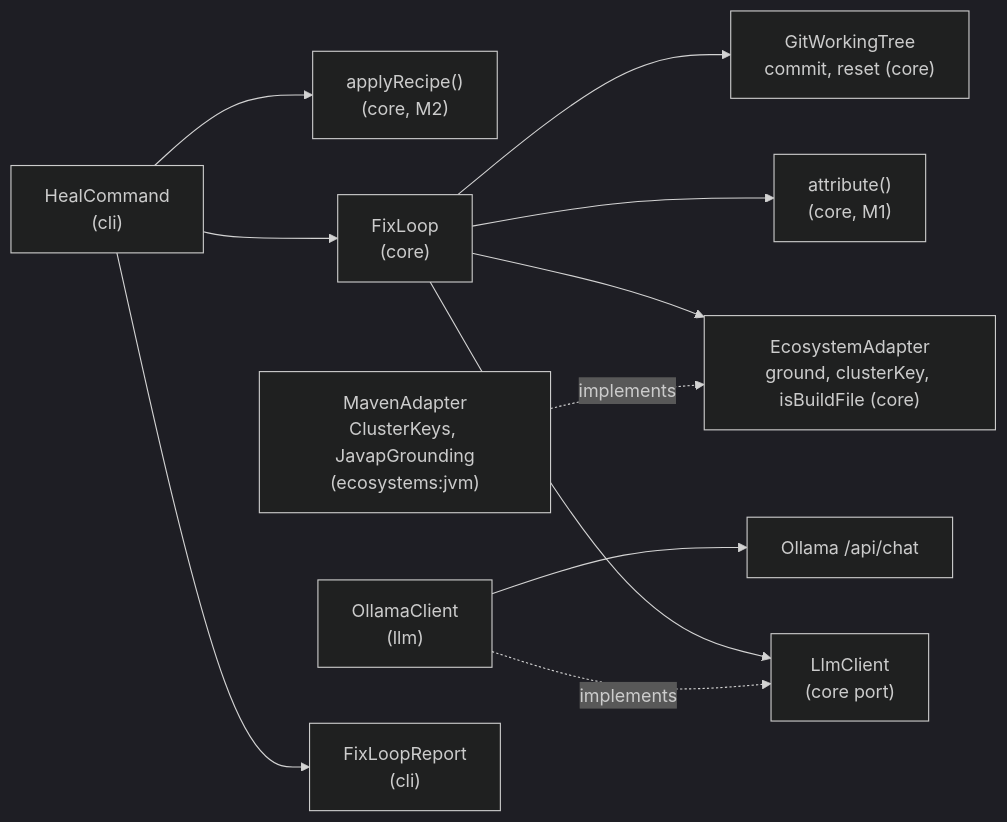
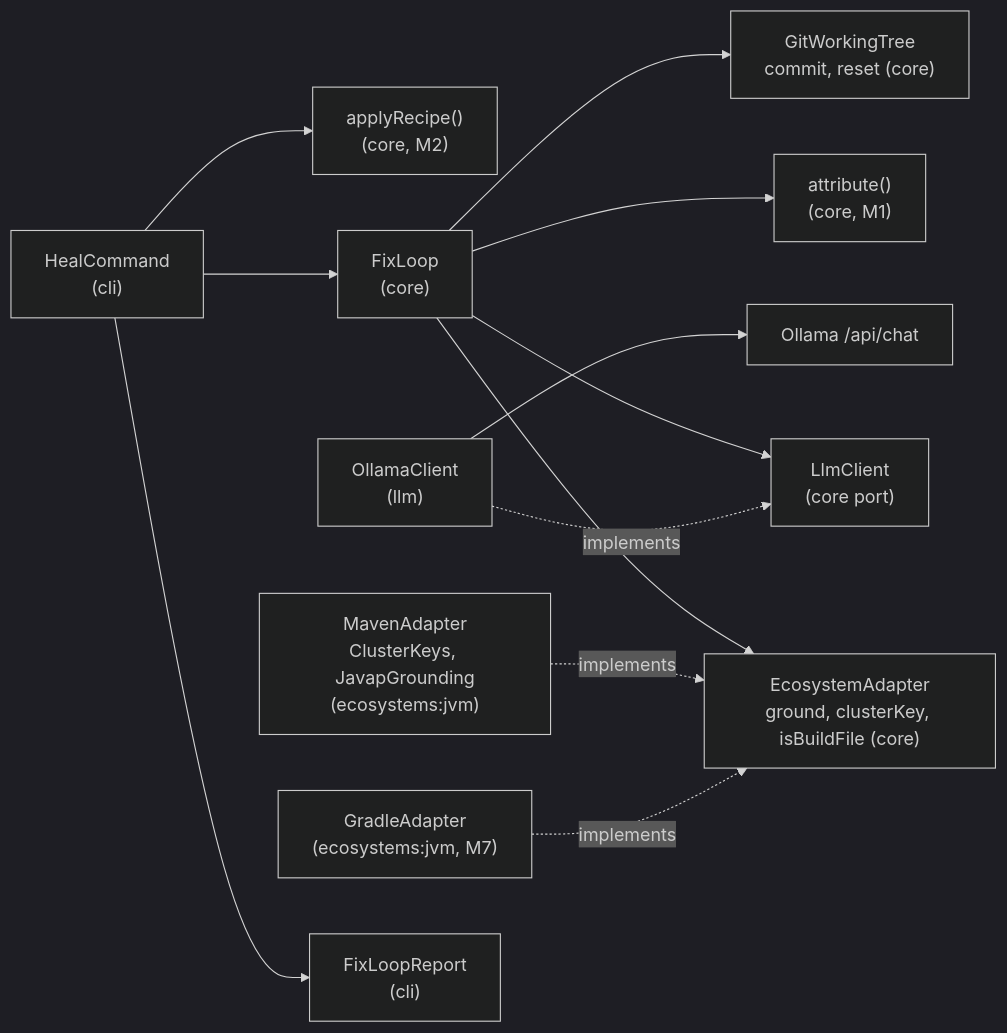
Before and after one commit to danvan86/lector-ai: the first of 4 diagrams in docs/architecture/fix-loop.md, drawn with Mermaid (dark theme). The commit also changed other lines of this file and 7 other files, not shown here.

Commit message:
docs: document the Gradle adapter, and bring the architecture docs up to M7

````diff
--- a/docs/architecture/fix-loop.md
+++ b/docs/architecture/fix-loop.md
@@ -17,13 +17,14 @@
 ```mermaid
 flowchart LR
     cli["HealCommand<br/>(cli)"] --> recipe["applyRecipe()<br/>(core, M2)"]
     cli --> loop["FixLoop<br/>(core)"]
     loop --> llmPort["LlmClient<br/>(core port)"]
     ollama["OllamaClient<br/>(llm)"] -. implements .-> llmPort
     ollama --> api["Ollama /api/chat"]
     loop --> adapterPort["EcosystemAdapter<br/>ground, clusterKey, isBuildFile (core)"]
     maven["MavenAdapter<br/>ClusterKeys, JavapGrounding<br/>(ecosystems:jvm)"] -. implements .-> adapterPort
+    gradle["GradleAdapter<br/>(ecosystems:jvm, M7)"] -. implements .-> adapterPort
     loop --> attr["attribute()<br/>(core, M1)"]
     loop --> git["GitWorkingTree<br/>commit, reset (core)"]
     cli --> report["FixLoopReport<br/>(cli)"]
 ```
````
